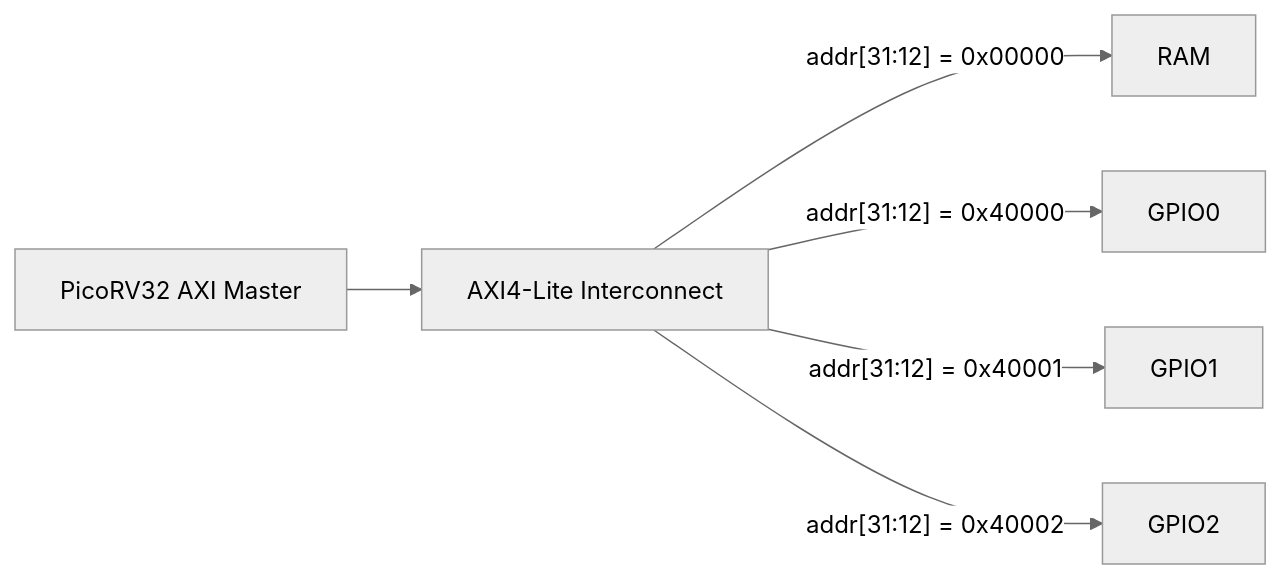
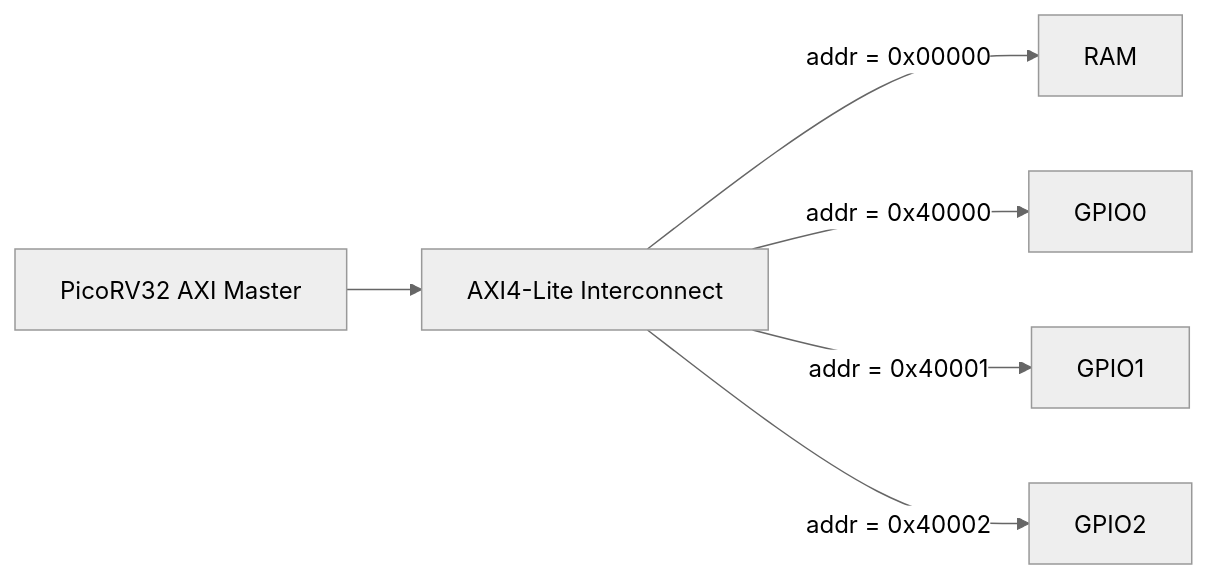
Diagram 17 of 30 in readme.MD (jaikrishn-jayachandran/Picorv32-Simple-MCU), drawn with Mermaid (neutral theme) before and after one commit. The commit also changed other lines of this file, not shown here.

````diff
--- a/readme.MD
+++ b/readme.MD
@@ -122,15 +1559,16 @@
 ```mermaid
 flowchart LR
     CPU["PicoRV32 AXI Master"]
     IC["AXI4-Lite Interconnect"]
     RAM["RAM"]
     GPIO0["GPIO0"]
     GPIO1["GPIO1"]
     GPIO2["GPIO2"]
 
     CPU --> IC
-    IC -->|"addr[31:12] = 0x00000"| RAM
-    IC -->|"addr[31:12] = 0x40000"| GPIO0
-    IC -->|"addr[31:12] = 0x40001"| GPIO1
-    IC -->|"addr[31:12] = 0x40002"| GPIO2
+    IC -->|"addr = 0x00000"| RAM
+    IC -->|"addr = 0x40000"| GPIO0
+    IC -->|"addr = 0x40001"| GPIO1
+    IC -->|"addr = 0x40002"| GPIO2
+
 ```
````
